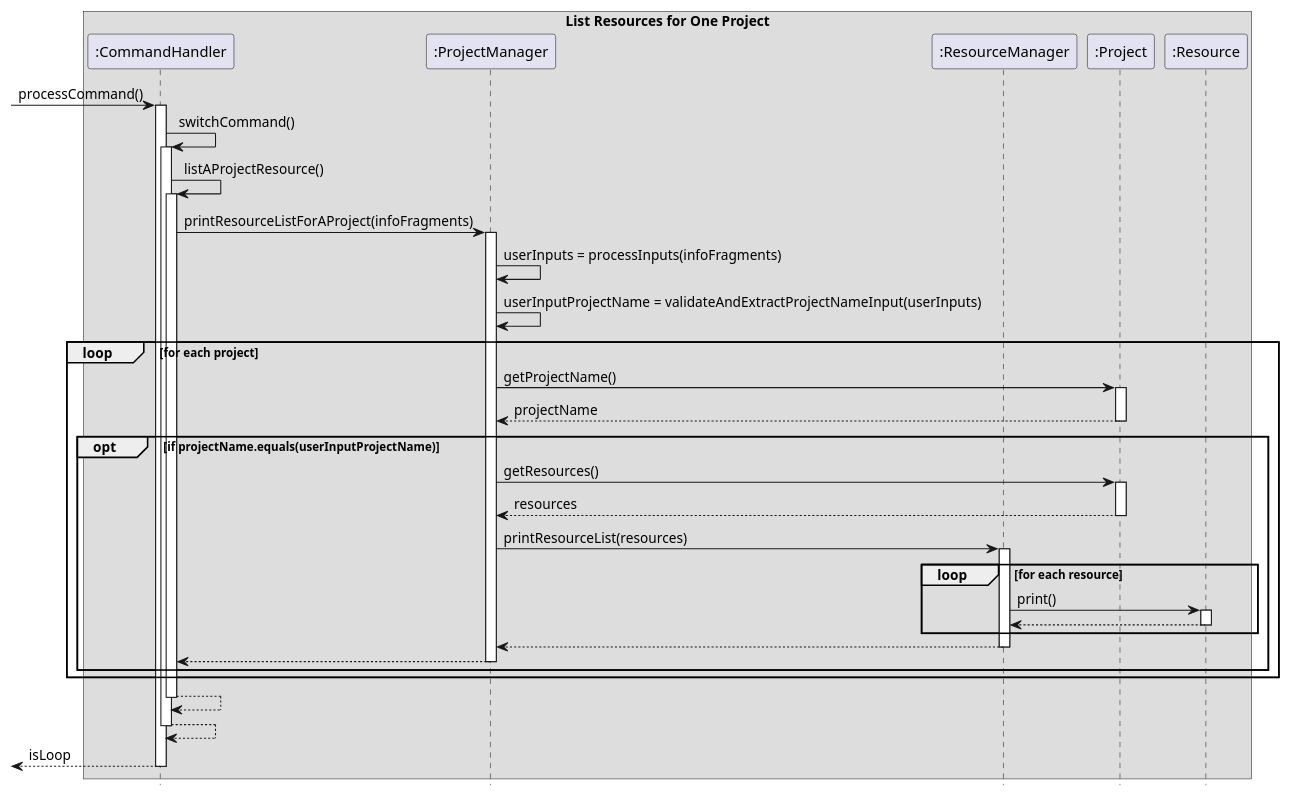
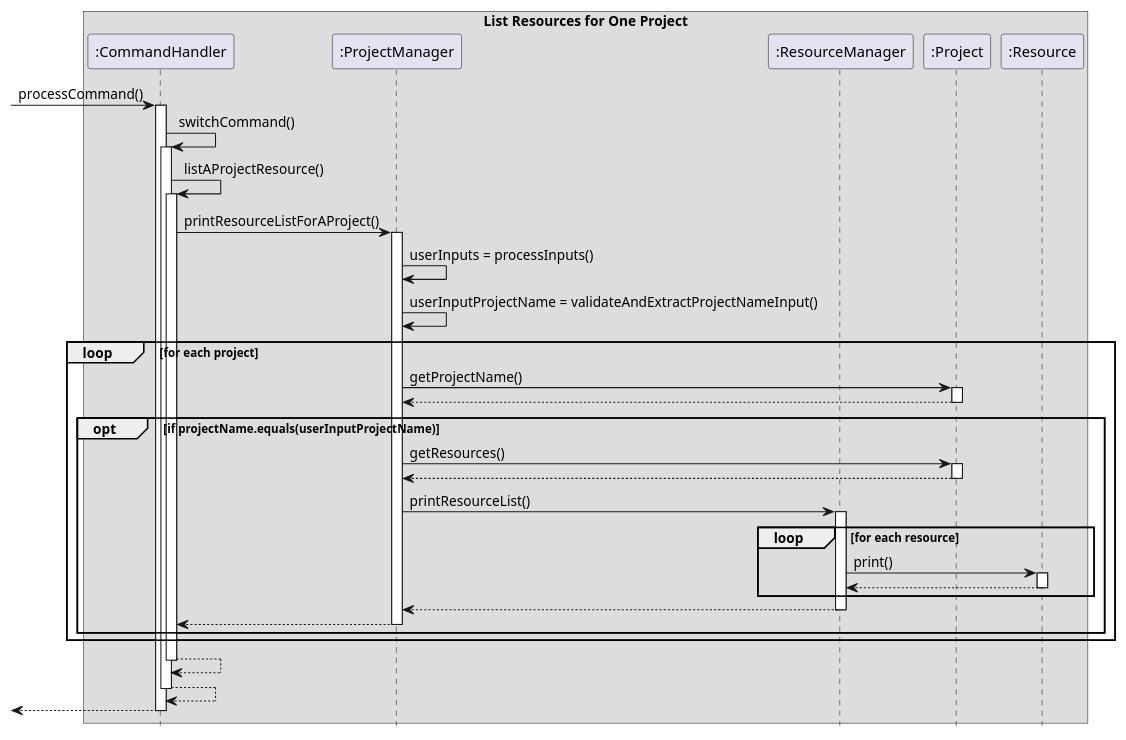
The diagram in docs/PlantUML/ListAProjectResources.puml (s-t-e-f/tp), drawn with PlantUML before and after one commit. The commit also changed 3 other files, not shown here.

Commit message:
Remove return types and parameters in list-all & list p/PROJECT_NAME  sequence diagrams.

```diff
--- a/docs/PlantUML/ListAProjectResources.puml
+++ b/docs/PlantUML/ListAProjectResources.puml
@@ -1,50 +1,50 @@
 @startuml
 hide footbox
 box List Resources for One Project
 participant ":CommandHandler" as CH
 participant ":ProjectManager" as PM
 participant ":ResourceManager" as RM
 participant ":Project" as P
 participant ":Resource" as R
 
 
 [-> CH: processCommand()
 activate CH
 
 CH -> CH: switchCommand()
 activate CH
 
 CH -> CH: listAProjectResource()
 activate CH
 
-CH -> PM: printResourceListForAProject(infoFragments)
+CH -> PM: printResourceListForAProject()
 activate PM
 
-PM -> PM: userInputs = processInputs(infoFragments)
-PM -> PM: userInputProjectName = validateAndExtractProjectNameInput(userInputs)
+PM -> PM: userInputs = processInputs()
+PM -> PM: userInputProjectName = validateAndExtractProjectNameInput()
 
 loop for each project
     PM -> P: getProjectName()
     activate P
-    return projectName
+    return
     opt if projectName.equals(userInputProjectName)
         PM -> P: getResources()
         activate P
-        return resources
-        PM -> RM: printResourceList(resources)
+        return
+        PM -> RM: printResourceList()
         activate RM
         loop for each resource
             RM -> R: print()
             activate R
             return
         end
 
         return
         return
         end
         end
         return
         return
-return isLoop
+return
 
 @enduml
```
